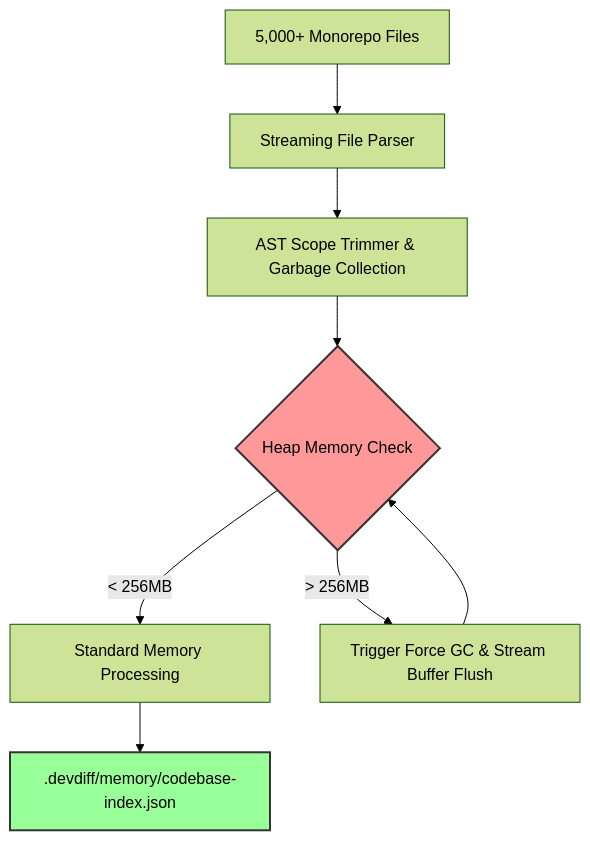
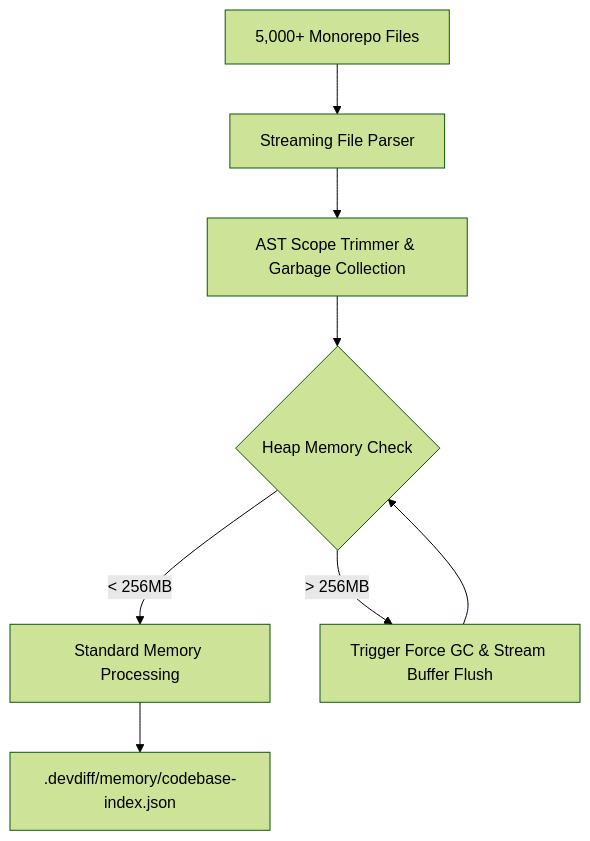
The diagram in docs/stress-testing/memory-profiling.md (EldrexDelosReyesBula/DevDiff), drawn with Mermaid (forest theme) before and after one commit. The commit also changed other lines of this file and 187 other files, not shown here.

First line of the commit message:
release: v1.8.0 — multi-registry distribution, plugin architecture & documentation overhaul

````diff
--- a/docs/stress-testing/memory-profiling.md
+++ b/docs/stress-testing/memory-profiling.md
@@ -11,13 +11,10 @@
 ```mermaid
 flowchart TD
     Monorepo[5,000+ Monorepo Files] --> Stream[Streaming File Parser]
     Stream --> ASTTrim[AST Scope Trimmer & Garbage Collection]
     ASTTrim --> RAMGuard{Heap Memory Check}
     RAMGuard -->|< 256MB| Normal[Standard Memory Processing]
     RAMGuard -->|> 256MB| GC[Trigger Force GC & Stream Buffer Flush]
     GC --> RAMGuard
     Normal --> MemoryIndex[.devdiff/memory/codebase-index.json]
-
-    style RAMGuard fill:#f99,stroke:#333,stroke-width:2px
-    style MemoryIndex fill:#9f9,stroke:#333,stroke-width:2px
 ```
````
